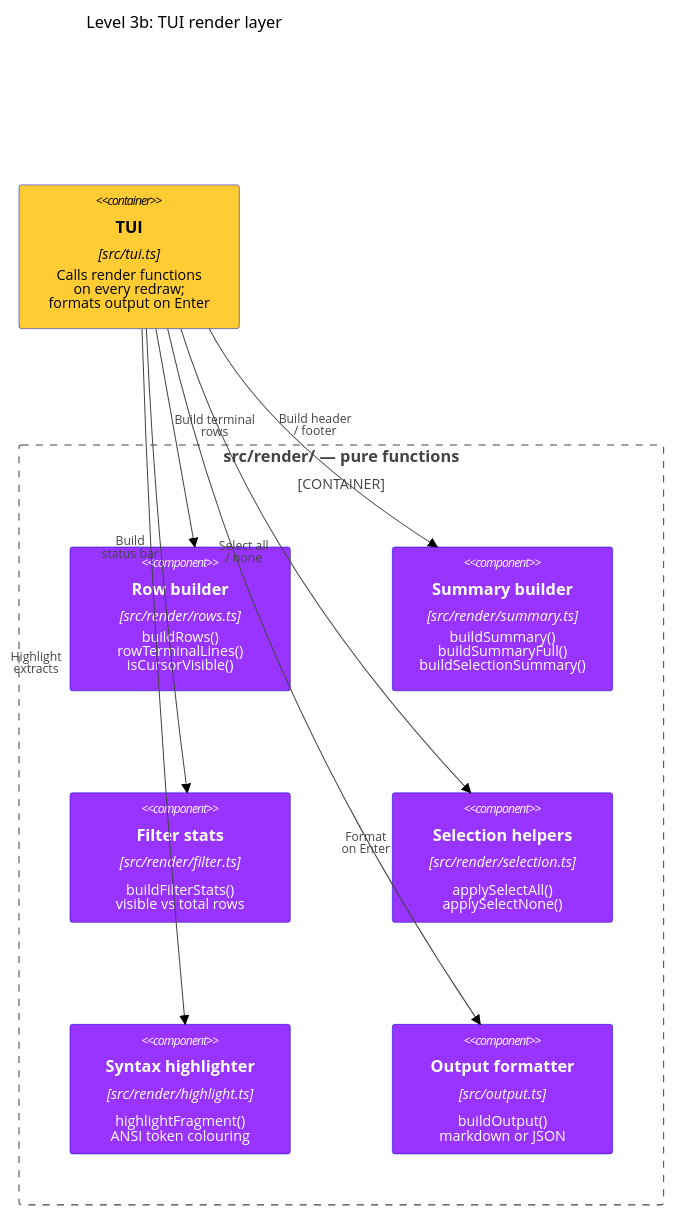
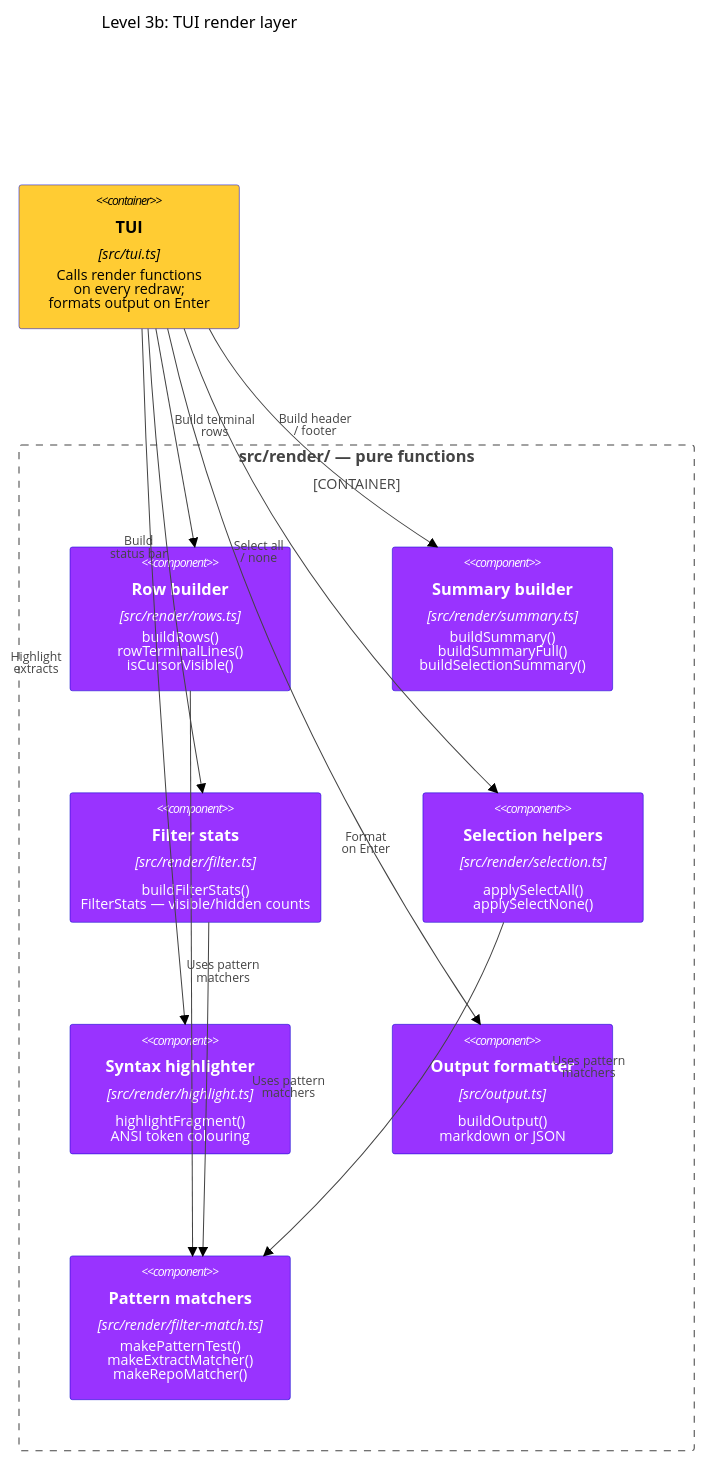
The second of 2 diagrams in docs/architecture/components.md (fulll/github-code-search), drawn with Mermaid before and after one commit. The commit also changed other lines of this file and 16 other files, not shown here.

First line of the commit message:
Add regex mode, content/repo filter targets, cursor navigation and fix scroll bugs

````diff
--- a/docs/architecture/components.md
+++ b/docs/architecture/components.md
@@ -47,44 +47,55 @@
 ```mermaid
 %%{init: {"theme": "base", "themeVariables": {"fontFamily": "Poppins, Aestetico, Arial, sans-serif", "primaryColor": "#66CCFF", "primaryTextColor": "#000000", "lineColor": "#0000CC", "tertiaryColor": "#FFCC33"}, "themeCSS": ".label,.nodeLabel,.cluster-label > span{font-family:Poppins,Arial,sans-serif;letter-spacing:.2px} .cluster-label > span{font-weight:600;font-size:13px} .edgePath .path{stroke-width:2px}"}}%%
 C4Component
   title Level 3b: TUI render layer
 
   UpdateLayoutConfig($c4ShapeInRow="5", $c4BoundaryInRow="1")
 
   Container(tui, "TUI", "src/tui.ts", "Calls render functions<br/>on every redraw;<br/>formats output on Enter")
 
   Container_Boundary(render, "src/render/ — pure functions") {
     Component(rows, "Row builder", "src/render/rows.ts", "buildRows()<br/>rowTerminalLines()<br/>isCursorVisible()")
     Component(summary, "Summary builder", "src/render/summary.ts", "buildSummary()<br/>buildSummaryFull()<br/>buildSelectionSummary()")
-    Component(filter, "Filter stats", "src/render/filter.ts", "buildFilterStats()<br/>visible vs total rows")
+    Component(filter, "Filter stats", "src/render/filter.ts", "buildFilterStats()<br/>FilterStats — visible/hidden counts")
     Component(selection, "Selection helpers", "src/render/selection.ts", "applySelectAll()<br/>applySelectNone()")
     Component(highlight, "Syntax highlighter", "src/render/highlight.ts", "highlightFragment()<br/>ANSI token colouring")
     Component(outputFn, "Output formatter", "src/output.ts", "buildOutput()<br/>markdown or JSON")
+    Component(filterMatch, "Pattern matchers", "src/render/filter-match.ts", "makePatternTest()<br/>makeExtractMatcher()<br/>makeRepoMatcher()")
   }
 
   Rel(tui, rows, "Build terminal<br/>rows")
   UpdateRelStyle(tui, rows, $offsetX="-1", $offsetY="-15")
 
   Rel(tui, summary, "Build header <br>/ footer")
   UpdateRelStyle(tui, summary, $offsetX="-44", $offsetY="-16")
 
   Rel(tui, filter, "Build<br/>status bar")
   UpdateRelStyle(tui, filter, $offsetX="-64", $offsetY="-16")
 
   Rel(tui, selection, "Select all<br/>/ none")
   UpdateRelStyle(tui, selection, $offsetX="-105", $offsetY="-12")
 
   Rel(tui, highlight, "Highlight<br/>extracts")
   UpdateRelStyle(tui, highlight, $offsetX="-150", $offsetY="-16")
 
   Rel(tui, outputFn, "Format<br/>on Enter")
   UpdateRelStyle(tui, outputFn, $offsetX="17", $offsetY="160")
 
+  Rel(rows, filterMatch, "Uses pattern<br/>matchers")
+  UpdateRelStyle(rows, filterMatch, $offsetX="-5", $offsetY="-5")
+
+  Rel(filter, filterMatch, "Uses pattern<br/>matchers")
+  UpdateRelStyle(filter, filterMatch, $offsetX="45", $offsetY="-5")
+
+  Rel(selection, filterMatch, "Uses pattern<br/>matchers")
+  UpdateRelStyle(selection, filterMatch, $offsetX="165", $offsetY="-25")
+
   UpdateElementStyle(tui, $bgColor="#FFCC33", $borderColor="#0000CC", $fontColor="#000000")
   UpdateElementStyle(rows, $bgColor="#9933FF", $borderColor="#0000CC", $fontColor="#ffffff")
   UpdateElementStyle(summary, $bgColor="#9933FF", $borderColor="#0000CC", $fontColor="#ffffff")
   UpdateElementStyle(filter, $bgColor="#9933FF", $borderColor="#0000CC", $fontColor="#ffffff")
+  UpdateElementStyle(filterMatch, $bgColor="#9933FF", $borderColor="#0000CC", $fontColor="#ffffff")
   UpdateElementStyle(selection, $bgColor="#9933FF", $borderColor="#0000CC", $fontColor="#ffffff")
   UpdateElementStyle(highlight, $bgColor="#9933FF", $borderColor="#0000CC", $fontColor="#ffffff")
   UpdateElementStyle(outputFn, $bgColor="#9933FF", $borderColor="#0000CC", $fontColor="#ffffff")
 ```
````
